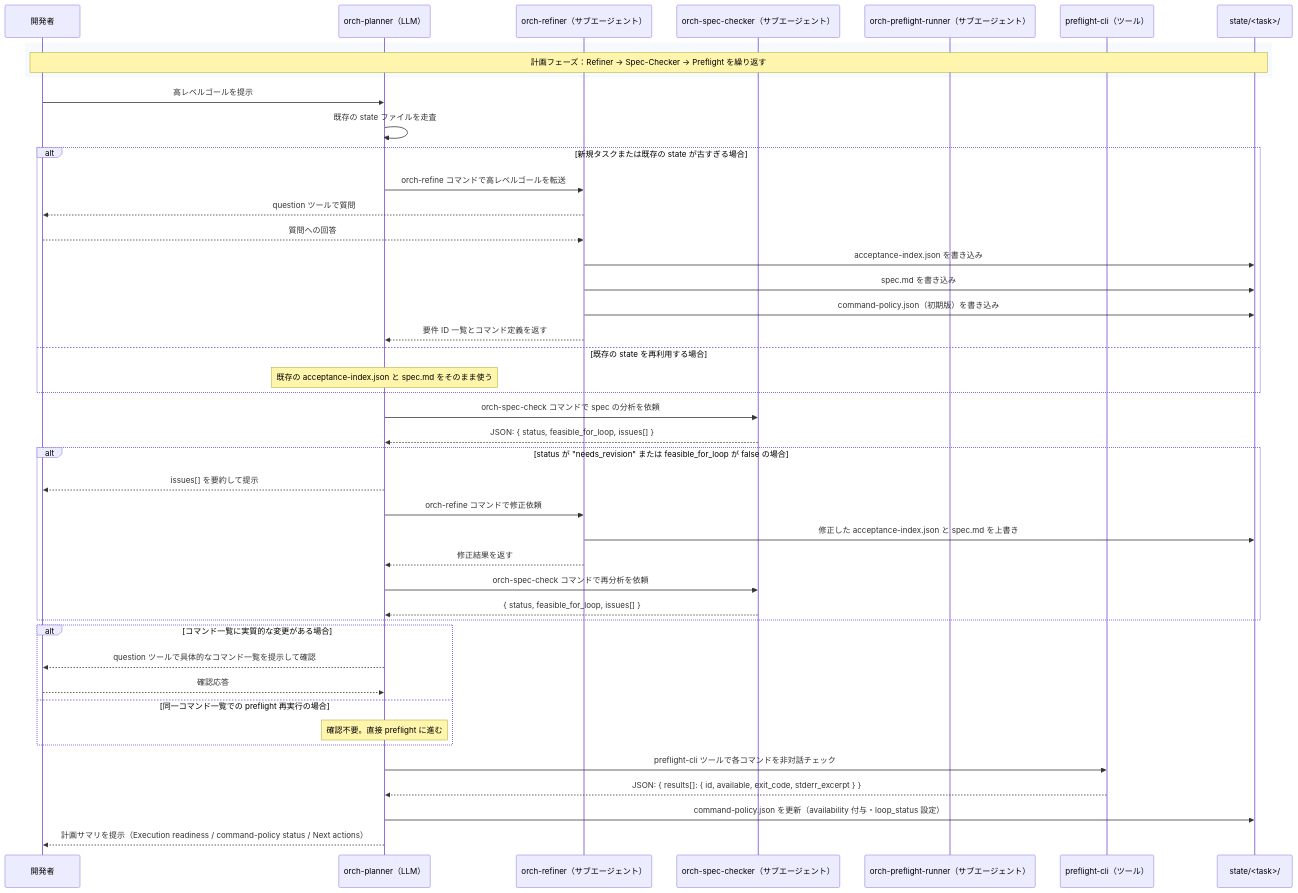
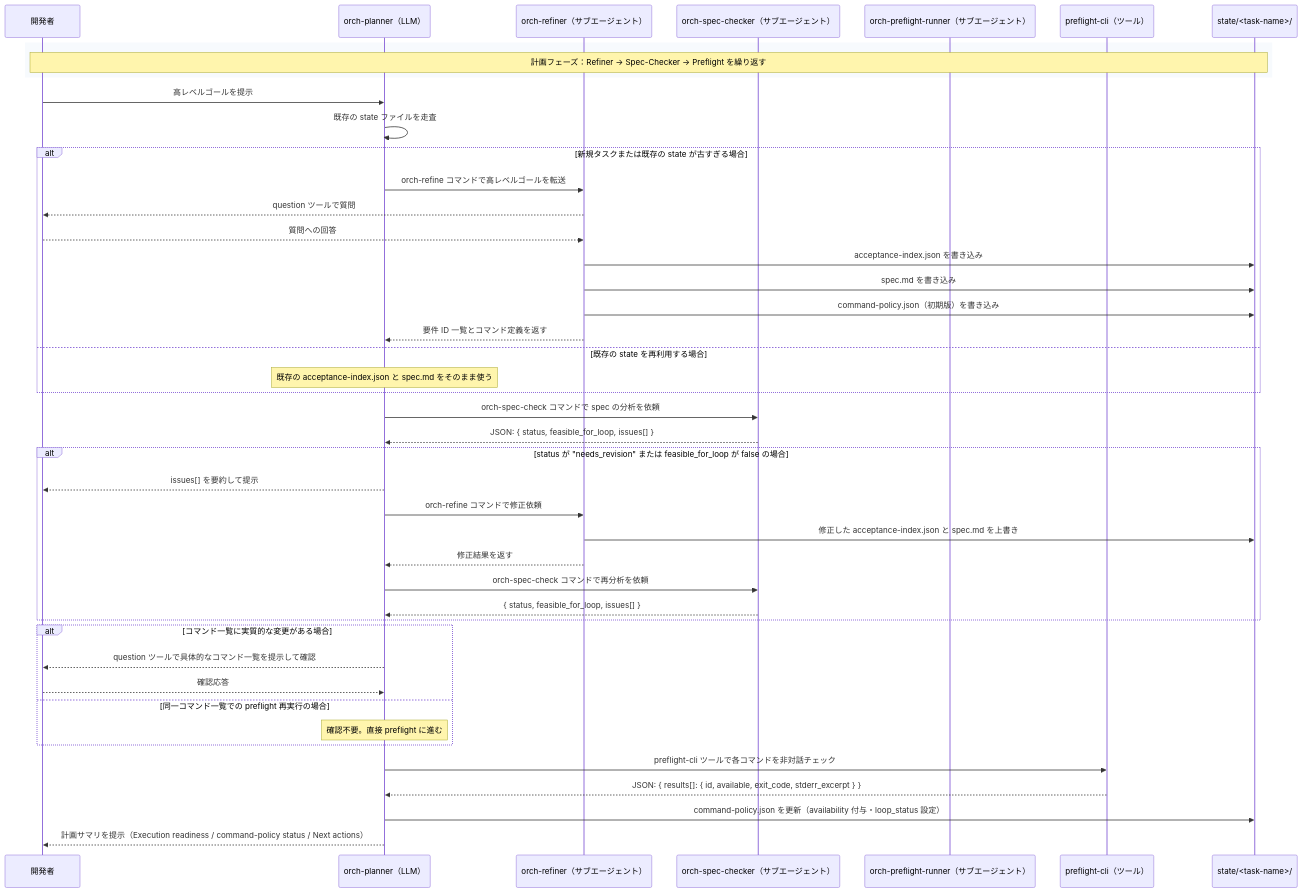
Before and after one commit to ZenkakuHiragana/opencode-orchestrator: the first of 2 diagrams in agent-roles.md, drawn with Mermaid. The commit also changed other lines of this file and 5 other files, not shown here.

First line of the commit message:
fix: support <task-name> placeholder rewriting and normalize task placeholder docs

````diff
--- a/agent-roles.md
+++ b/agent-roles.md
@@ -53,54 +53,54 @@
 ```mermaid
 sequenceDiagram
     participant Human as 開発者
     participant Planner as orch-planner（LLM）
     participant RefinerAgent as orch-refiner（サブエージェント）
     participant SpecCheckerAgent as orch-spec-checker（サブエージェント）
     participant PreflightAgent as orch-preflight-runner（サブエージェント）
     participant PreflightTool as preflight-cli（ツール）
-    participant StateDir as state/<task>/
+    participant StateDir as state/<task-name>/
 
     rect rgba(200, 220, 240, 0.15)
         Note over Human,StateDir: 計画フェーズ：Refiner → Spec-Checker → Preflight を繰り返す
     end
 
     Human->>Planner: 高レベルゴールを提示
     Planner->>Planner: 既存の state ファイルを走査
 
     alt 新規タスクまたは既存の state が古すぎる場合
         Planner->>RefinerAgent: orch-refine コマンドで高レベルゴールを転送
         RefinerAgent-->>Human: question ツールで質問
         Human-->>RefinerAgent: 質問への回答
         RefinerAgent->>StateDir: acceptance-index.json を書き込み
         RefinerAgent->>StateDir: spec.md を書き込み
         RefinerAgent->>StateDir: command-policy.json（初期版）を書き込み
         RefinerAgent-->>Planner: 要件 ID 一覧とコマンド定義を返す
     else 既存の state を再利用する場合
         Note over Planner: 既存の acceptance-index.json と spec.md をそのまま使う
     end
 
     Planner->>SpecCheckerAgent: orch-spec-check コマンドで spec の分析を依頼
     SpecCheckerAgent-->>Planner: JSON: { status, feasible_for_loop, issues[] }
 
     alt status が "needs_revision" または feasible_for_loop が false の場合
         Planner-->>Human: issues[] を要約して提示
         Planner->>RefinerAgent: orch-refine コマンドで修正依頼
         RefinerAgent->>StateDir: 修正した acceptance-index.json と spec.md を上書き
         RefinerAgent-->>Planner: 修正結果を返す
         Planner->>SpecCheckerAgent: orch-spec-check コマンドで再分析を依頼
         SpecCheckerAgent-->>Planner: { status, feasible_for_loop, issues[] }
     end
 
     alt コマンド一覧に実質的な変更がある場合
         Planner-->>Human: question ツールで具体的なコマンド一覧を提示して確認
         Human-->>Planner: 確認応答
     else 同一コマンド一覧での preflight 再実行の場合
         Note over Planner: 確認不要。直接 preflight に進む
     end
 
     Planner->>PreflightTool: preflight-cli ツールで各コマンドを非対話チェック
     PreflightTool-->>Planner: JSON: { results[]: { id, available, exit_code, stderr_excerpt } }
 
     Planner->>StateDir: command-policy.json を更新（availability 付与・loop_status 設定）
     Planner-->>Human: 計画サマリを提示（Execution readiness / command-policy status / Next actions）
 ```
````
